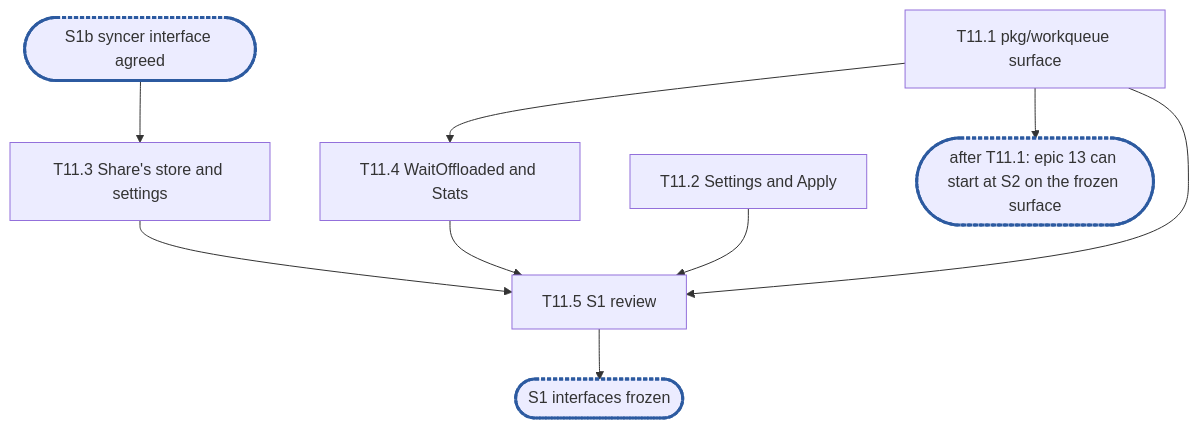
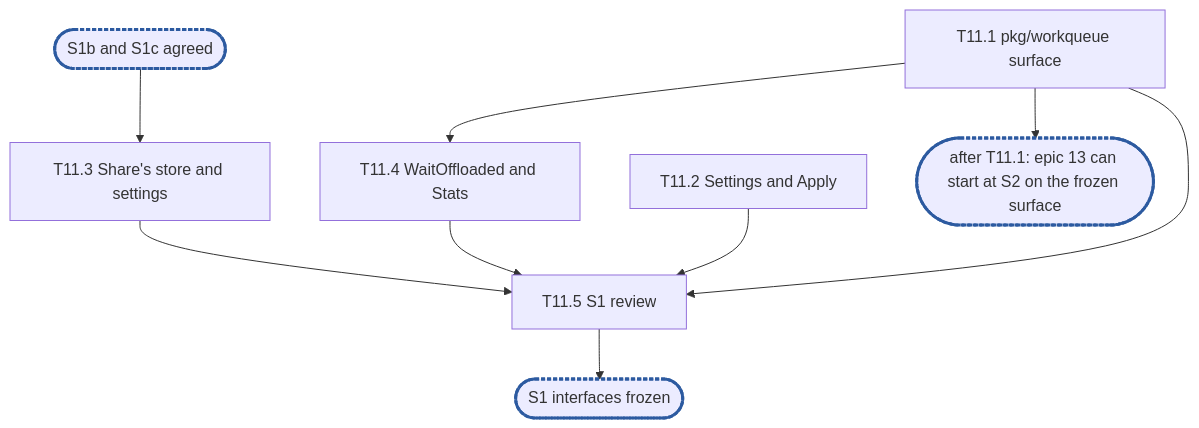
One commit to cubbit/dittofs changed the diagram in .planning/rfc-8-offload-engine-epic11.md. Above: the diagram before and after it, drawn with Mermaid. The commit also changed other lines of this file, not shown here.

````diff
--- a/.planning/rfc-8-offload-engine-epic11.md
+++ b/.planning/rfc-8-offload-engine-epic11.md
@@ -483,10 +524,10 @@
 ```mermaid
 flowchart TD
-  Agreed(["S1b syncer interface agreed"]):::sync --> T11_3
+  Agreed(["S1b and S1c agreed"]):::sync --> T11_3
   T11_1["T11.1 pkg/workqueue surface"] --> T11_4["T11.4 WaitOffloaded and Stats"]
   T11_2["T11.2 Settings and Apply"]
   T11_3["T11.3 Share's store and settings"]
   T11_1 --> C1(["after T11.1: epic 13 can start at S2 on the frozen surface"]):::sync
   T11_1 & T11_2 & T11_3 & T11_4 --> T11_5["T11.5 S1 review"] --> S1(["S1 interfaces frozen"]):::sync
   classDef sync stroke:#2c5aa0,stroke-width:3px,stroke-dasharray:4 2
 ```
````
